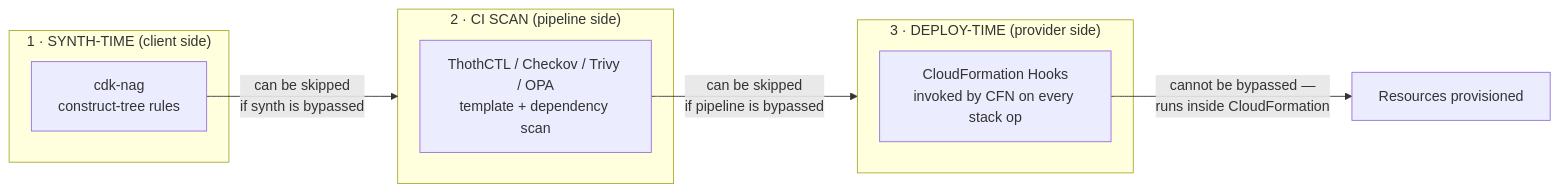
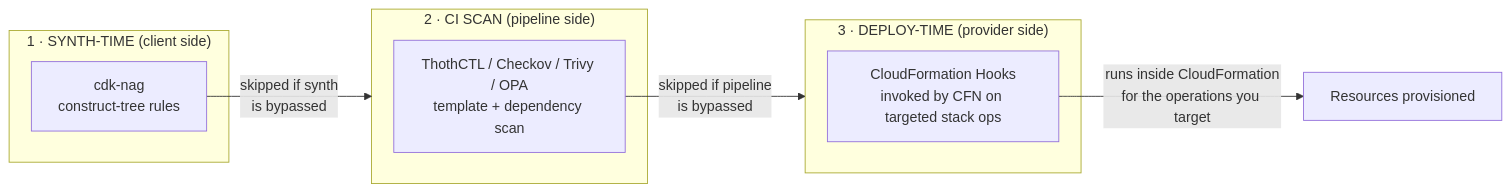
The fifth of 7 diagrams in docs/06-devops-cicd.md (thothforge/cloud-native-framework), drawn with Mermaid before and after one commit. The commit also changed other lines of this file and 2 other files, not shown here.

First line of the commit message:
docs: correct CloudFormation Hooks details against AWS docs

````diff
--- a/docs/06-devops-cicd.md
+++ b/docs/06-devops-cicd.md
@@ -346,15 +346,15 @@
 ```mermaid
 flowchart LR
     subgraph L1["1 · SYNTH-TIME (client side)"]
         NAG["cdk-nag<br/>construct-tree rules"]
     end
     subgraph L2["2 · CI SCAN (pipeline side)"]
         THOTH["ThothCTL / Checkov / Trivy / OPA<br/>template + dependency scan"]
     end
     subgraph L3["3 · DEPLOY-TIME (provider side)"]
-        HOOK["CloudFormation Hooks<br/>invoked by CFN on every stack op"]
+        HOOK["CloudFormation Hooks<br/>invoked by CFN on targeted stack ops"]
     end
-    NAG -->|"can be skipped<br/>if synth is bypassed"| L2
-    THOTH -->|"can be skipped<br/>if pipeline is bypassed"| L3
-    HOOK -->|"cannot be bypassed —<br/>runs inside CloudFormation"| DEPLOY["Resources provisioned"]
+    NAG -->|"skipped if synth<br/>is bypassed"| L2
+    THOTH -->|"skipped if pipeline<br/>is bypassed"| L3
+    HOOK -->|"runs inside CloudFormation<br/>for the operations you target"| DEPLOY["Resources provisioned"]
 ```
````
